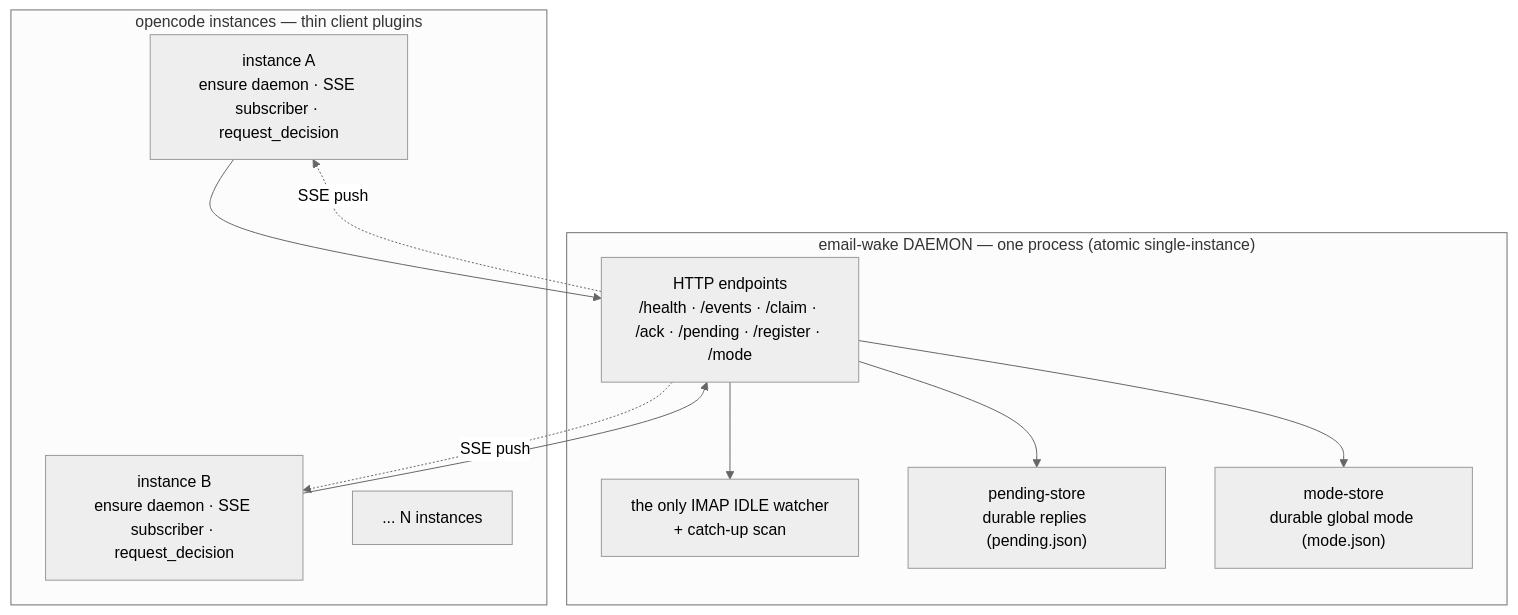
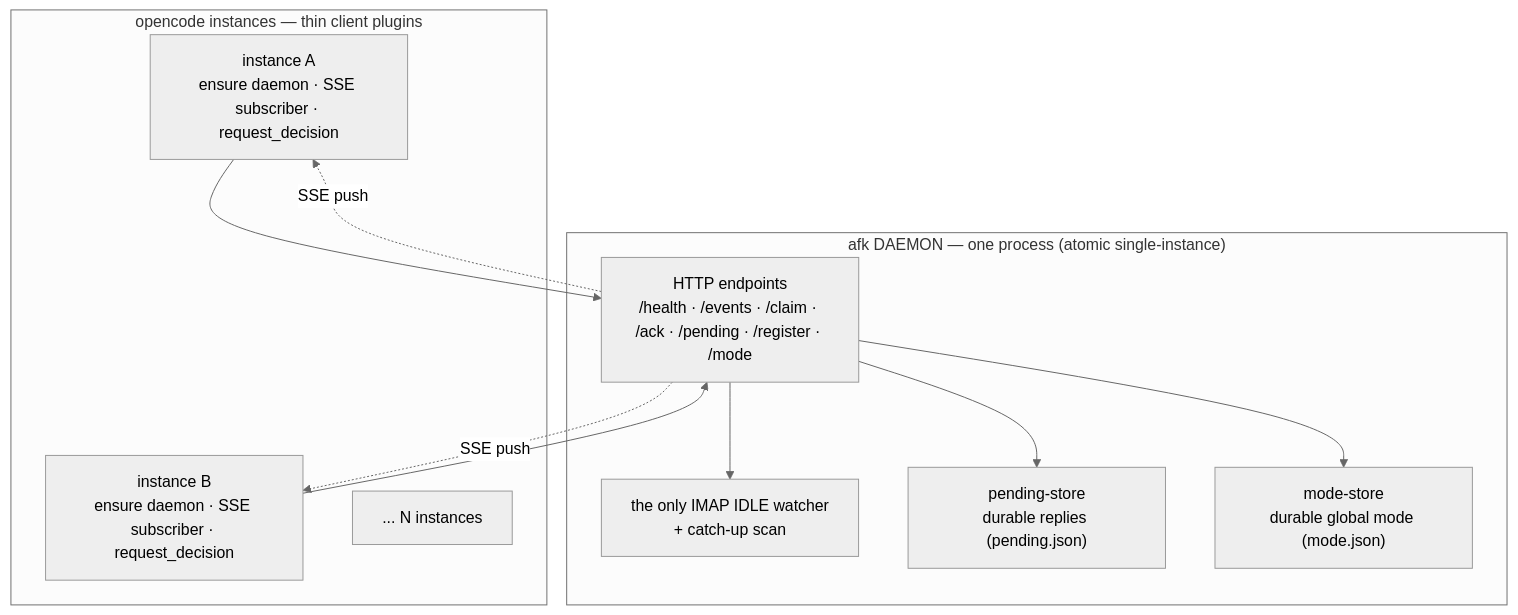
Before and after one commit to 7emotions/afk: the first of 2 diagrams in README.en.md, drawn with Mermaid (neutral theme). The commit also changed 1 other file, not shown here.

Commit message:
docs: rename daemon label to afk in architecture diagram

````diff
--- a/README.en.md
+++ b/README.en.md
@@ -273,23 +273,23 @@
 ```mermaid
 flowchart TB
     subgraph instances["opencode instances — thin client plugins"]
         A["instance A<br/>ensure daemon · SSE subscriber · request_decision"]
         B["instance B<br/>ensure daemon · SSE subscriber · request_decision"]
         dots["... N instances"]
     end
 
-    subgraph daemon_box["email-wake DAEMON — one process (atomic single-instance)"]
+    subgraph daemon_box["afk DAEMON — one process (atomic single-instance)"]
         D["HTTP endpoints<br/>/health · /events · /claim · /ack · /pending · /register · /mode"]
         W["the only IMAP IDLE watcher<br/>+ catch-up scan"]
         P["pending-store<br/>durable replies (pending.json)"]
         M["mode-store<br/>durable global mode (mode.json)"]
     end
 
     A --> D
     B --> D
     D --> W
     D --> P
     D --> M
     D -. SSE push .-> A
     D -. SSE push .-> B
 ```
````
